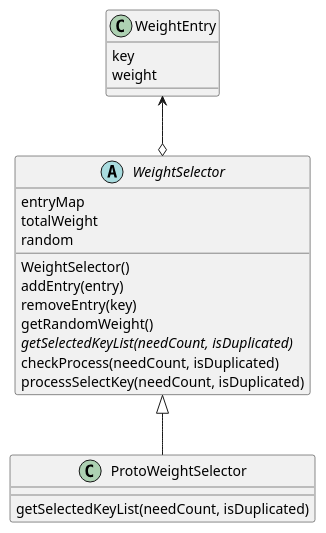
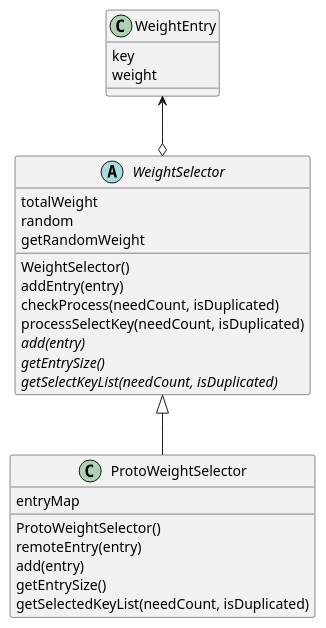
One commit to windowforsun/blog changed the diagram in plantuml/algorithm/practice-randomweightselector-1.plantuml. Above: the diagram before and after it, drawn with PlantUML. The commit also changed 7 other files, not shown here.

```diff
--- a/plantuml/algorithm/practice-randomweightselector-1.plantuml
+++ b/plantuml/algorithm/practice-randomweightselector-1.plantuml
@@ -1,28 +1,33 @@
 @startuml
 
 class WeightEntry{
 	key
 	weight
 }
 
 abstract class WeightSelector {
-	entryMap
 	totalWeight
 	random
 	WeightSelector()
 	addEntry(entry)
-	removeEntry(key)
-	getRandomWeight()
-	{abstract} getSelectedKeyList(needCount, isDuplicated)
+	getRandomWeight
 	checkProcess(needCount, isDuplicated)
 	processSelectKey(needCount, isDuplicated)
+	{abstract} add(entry)
+	{abstract} getEntrySize()
+	{abstract} getSelectKeyList(needCount, isDuplicated)
 }
 
 class ProtoWeightSelector {
+	entryMap
+	ProtoWeightSelector()
+	remoteEntry(entry)
+	add(entry)
+	getEntrySize()
 	getSelectedKeyList(needCount, isDuplicated)
 }
 
 WeightSelector <|-- ProtoWeightSelector
 WeightEntry <--o WeightSelector
 
 @enduml
```
